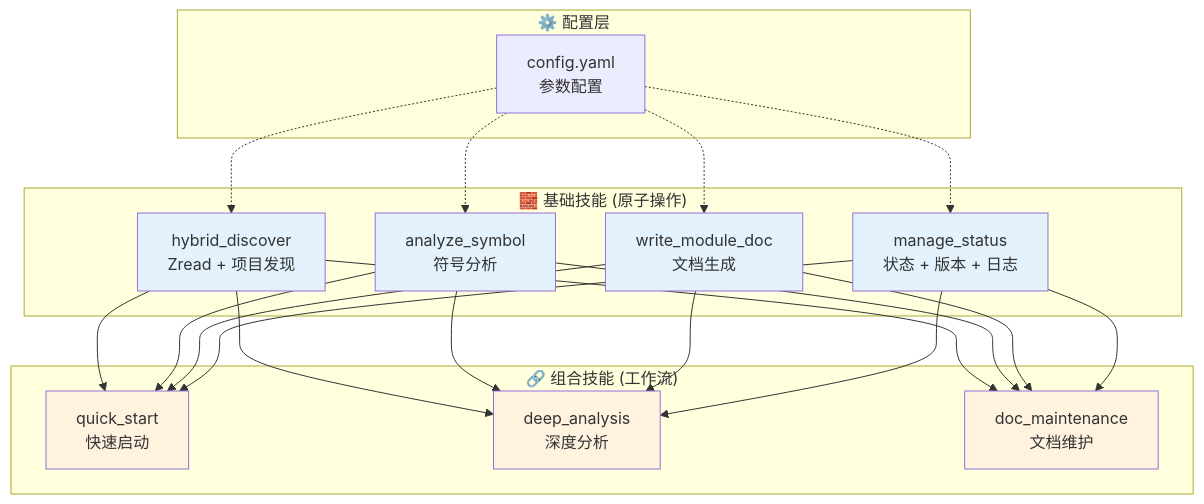
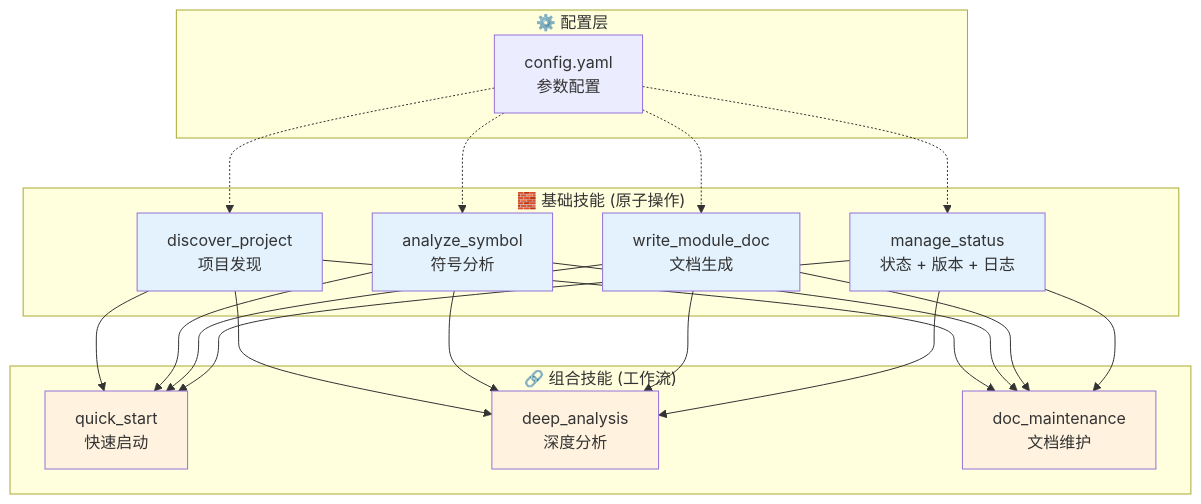
One commit to Baixu22/project-learning-guide changed the second of 2 diagrams in README.md. Above: the diagram before and after it, drawn with Mermaid. The commit also changed other lines of this file, not shown here.

Commit message:
docs: remove zread references from README

````diff
--- a/README.md
+++ b/README.md
@@ -60,30 +57,30 @@
 ```mermaid
 flowchart TB
   subgraph Base_Skills["🧱 基础技能 (原子操作)"]
-    B1["hybrid_discover<br/>Zread + 项目发现"]
+    B1["discover_project<br/>项目发现"]
     B2["analyze_symbol<br/>符号分析"]
     B3["write_module_doc<br/>文档生成"]
     B4["manage_status<br/>状态 + 版本 + 日志"]
   end
 
   subgraph Composite_Skills["🔗 组合技能 (工作流)"]
     C1["quick_start<br/>快速启动"]
     C2["deep_analysis<br/>深度分析"]
     C3["doc_maintenance<br/>文档维护"]
   end
 
   subgraph Config["⚙️ 配置层"]
     CF["config.yaml<br/>参数配置"]
   end
 
   B1 & B2 & B3 & B4 --> C1 & C2 & C3
   CF -.-> B1 & B2 & B3 & B4
 
   style B1 fill:#e3f2fd
   style B2 fill:#e3f2fd
   style B3 fill:#e3f2fd
   style B4 fill:#e3f2fd
   style C1 fill:#fff3e0
   style C2 fill:#fff3e0
   style C3 fill:#fff3e0
 ```
````
